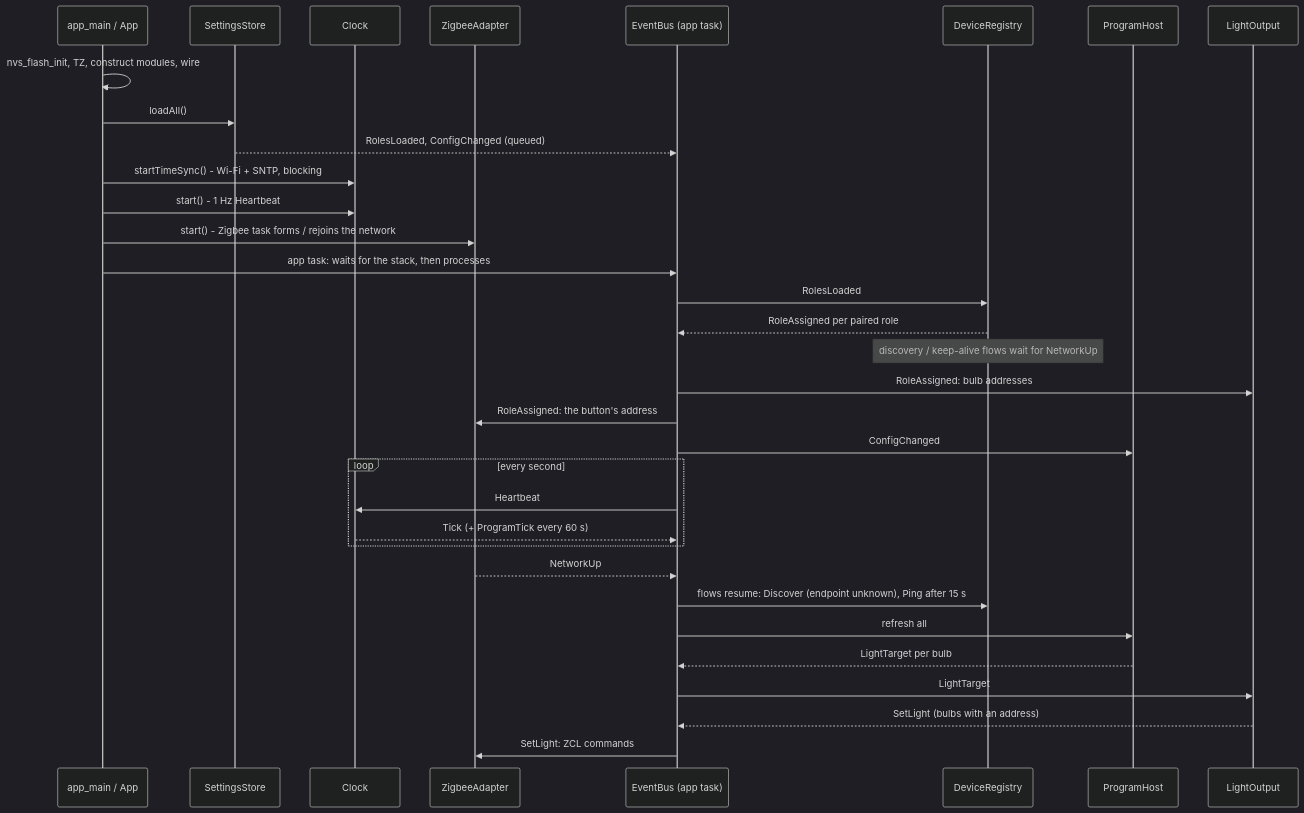
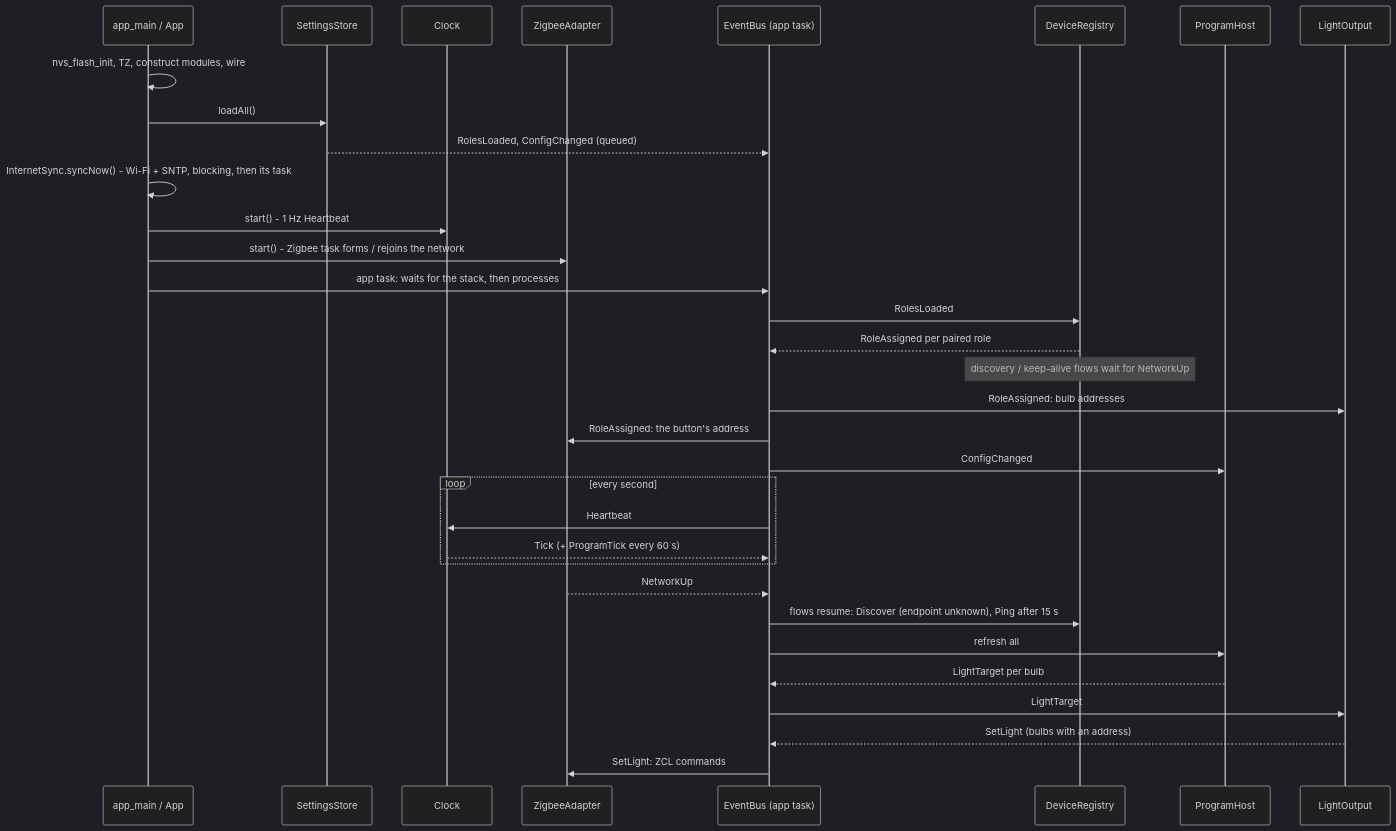
One commit to bjerre/sunsim changed the eighth of 10 diagrams in ARCHITECTURE.md. Above: the diagram before and after it, drawn with Mermaid (dark theme). The commit also changed other lines of this file and 13 other files, not shown here.

````diff
--- a/ARCHITECTURE.md
+++ b/ARCHITECTURE.md
@@ -577,36 +599,36 @@
 ```mermaid
 sequenceDiagram
     participant M as app_main / App
     participant ST as SettingsStore
     participant CK as Clock
     participant ZA as ZigbeeAdapter
     participant Q as EventBus (app task)
     participant DR as DeviceRegistry
     participant PH as ProgramHost
     participant LO as LightOutput
 
     M->>M: nvs_flash_init, TZ, construct modules, wire
     M->>ST: loadAll()
     ST-->>Q: RolesLoaded, ConfigChanged (queued)
-    M->>CK: startTimeSync() - Wi-Fi + SNTP, blocking
+    M->>M: InternetSync.syncNow() - Wi-Fi + SNTP, blocking, then its task
     M->>CK: start() - 1 Hz Heartbeat
     M->>ZA: start() - Zigbee task forms / rejoins the network
     M->>Q: app task: waits for the stack, then processes
     Q->>DR: RolesLoaded
     DR-->>Q: RoleAssigned per paired role
     Note over DR: discovery / keep-alive flows wait for NetworkUp
     Q->>LO: RoleAssigned: bulb addresses
     Q->>ZA: RoleAssigned: the button's address
     Q->>PH: ConfigChanged
     loop every second
         Q->>CK: Heartbeat
         CK-->>Q: Tick (+ ProgramTick every 60 s)
     end
     ZA-->>Q: NetworkUp
     Q->>DR: flows resume: Discover (endpoint unknown), Ping after 15 s
     Q->>PH: refresh all
     PH-->>Q: LightTarget per bulb
     Q->>LO: LightTarget
     LO-->>Q: SetLight (bulbs with an address)
     Q->>ZA: SetLight: ZCL commands
 ```
````
